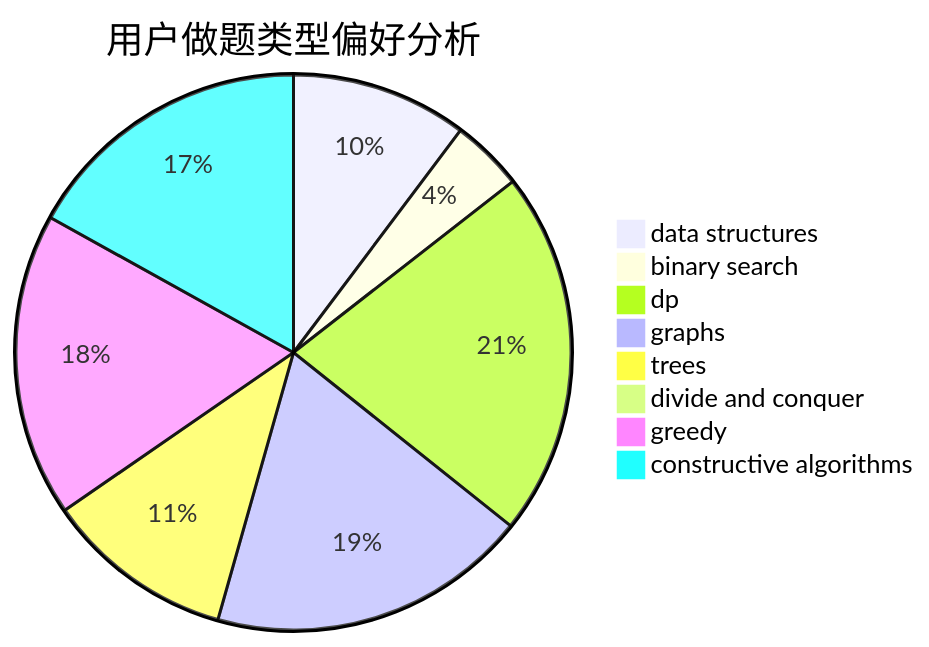
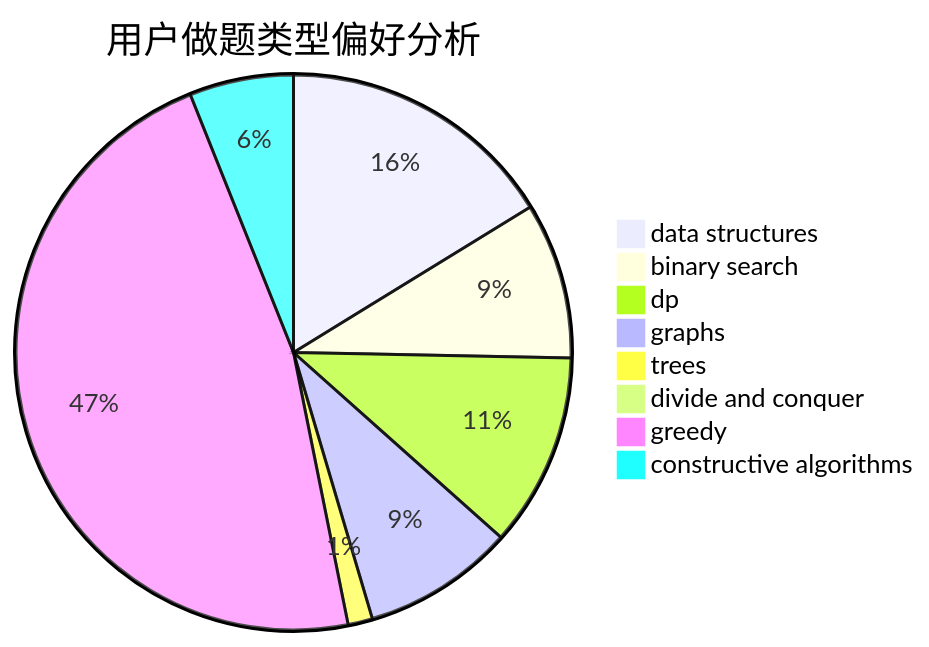
The second of 3 diagrams in docs/user/u783.md (sherpahu/cfrs.github.io), drawn with Mermaid before and after one commit. The commit also changed other lines of this file and 2770 other files, not shown here.

````diff
--- a/docs/user/u783.md
+++ b/docs/user/u783.md
@@ -23,11 +23,11 @@
 ```mermaid
 pie title 用户做题类型偏好分析
-    "data structures" :  83
-    "binary search" :  34
-    "dp" :  172
-    "graphs" :  151
-    "trees" :  89
-    "divide and conquer" :  7
-    "greedy" :  143
-    "constructive algorithms" :  137
+    "data structures" :  193
+    "binary search" :  108
+    "dp" :  134
+    "graphs" :  105
+    "trees" :  17
+    "divide and conquer" :  9
+    "greedy" :  560
+    "constructive algorithms" :  72
 ```
````
